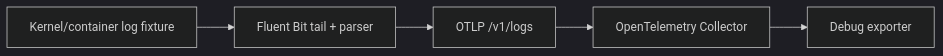
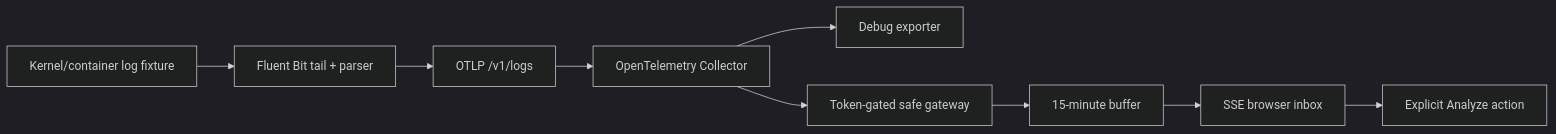
Before and after one commit to sivalinb/gpu-signal-atlas: the fourth of 5 diagrams in docs/VISUAL_GUIDE.md, drawn with Mermaid (dark theme). The commit also changed other lines of this file and 32 other files, not shown here.

````diff
--- a/docs/VISUAL_GUIDE.md
+++ b/docs/VISUAL_GUIDE.md
@@ -115,10 +117,15 @@
 ```mermaid
 flowchart LR
     K[Kernel/container log fixture]
     F[Fluent Bit tail + parser]
     P[OTLP /v1/logs]
     O[OpenTelemetry Collector]
     D[Debug exporter]
+    G[Token-gated safe gateway]
+    B[15-minute buffer]
+    S[SSE browser inbox]
+    A[Explicit Analyze action]
 
     K --> F --> P --> O --> D
+    O --> G --> B --> S --> A
 ```
````
